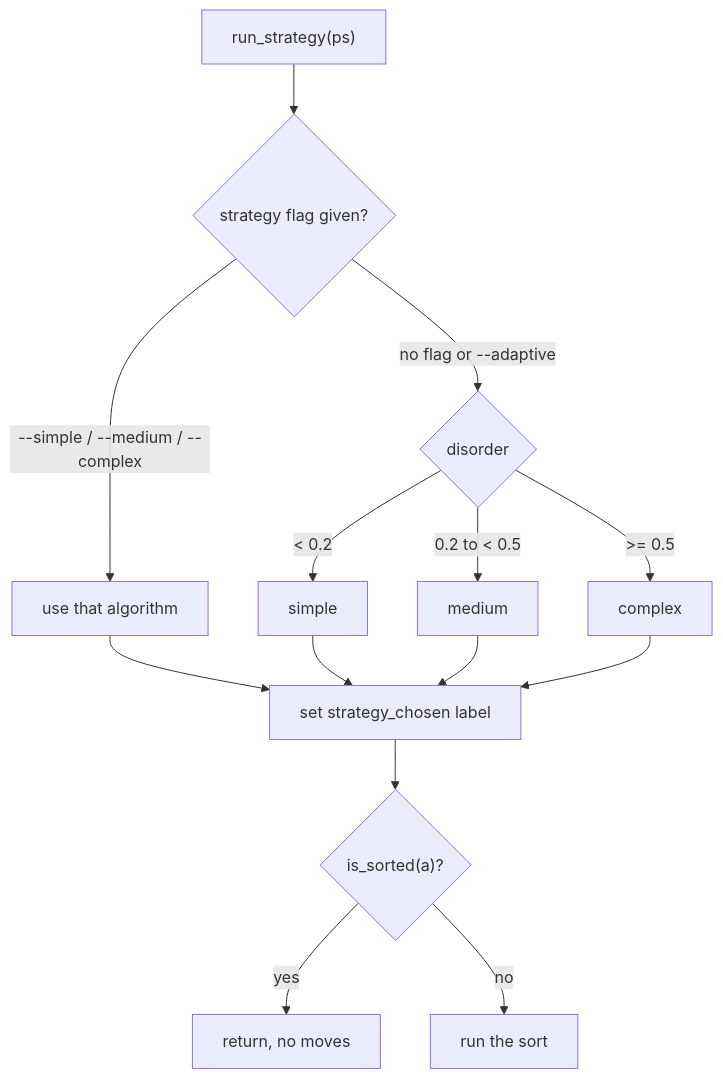
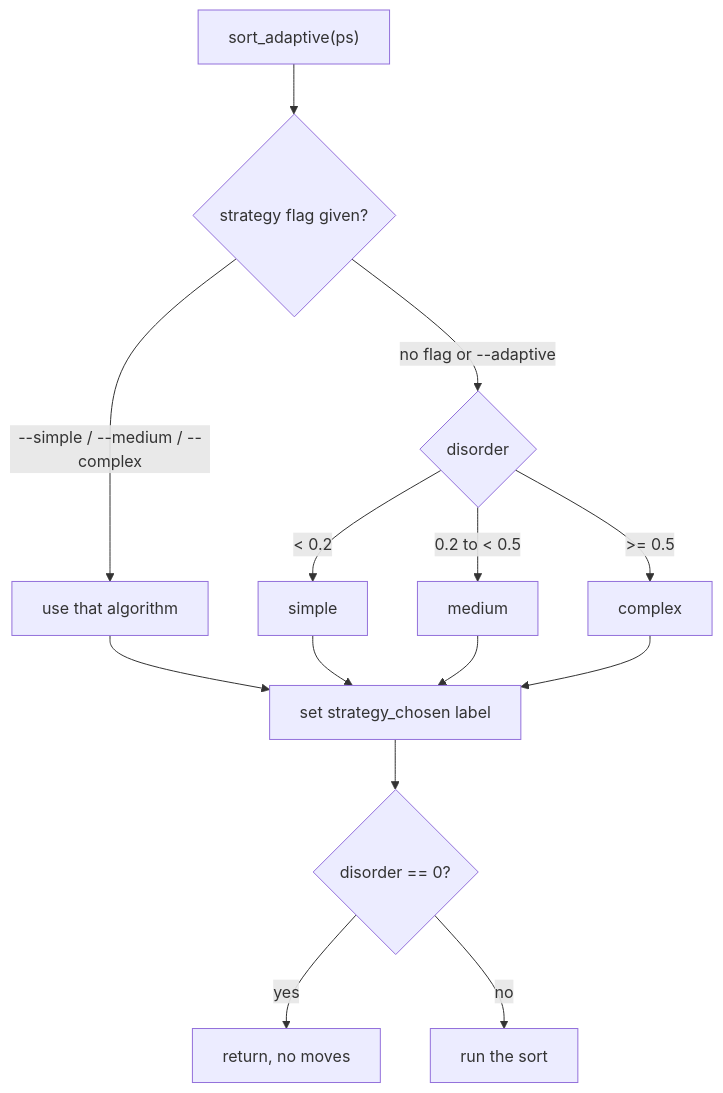
One commit to Huthifa-Alomari/42_common_core changed the third of 4 diagrams in milestone_3/push_swap/README.md. Above: the diagram before and after it, drawn with Mermaid. The commit also changed other lines of this file, not shown here.

````diff
--- a/milestone_3/push_swap/README.md
+++ b/milestone_3/push_swap/README.md
@@ -317,16 +316,16 @@
 ```mermaid
 flowchart TD
-    S["run_strategy(ps)"] --> P{"strategy flag given?"}
+    S["sort_adaptive(ps)"] --> P{"strategy flag given?"}
     P -- "--simple / --medium / --complex" --> Q["use that algorithm"]
     P -- "no flag or --adaptive" --> R{"disorder"}
     R -- "< 0.2" --> R1["simple"]
     R -- "0.2 to < 0.5" --> R2["medium"]
     R -- ">= 0.5" --> R3["complex"]
     Q --> T["set strategy_chosen label"]
     R1 --> T
     R2 --> T
     R3 --> T
-    T --> U{"is_sorted(a)?"}
+    T --> U{"disorder == 0?"}
     U -- yes --> V["return, no moves"]
     U -- no --> W["run the sort"]
 ```
````
